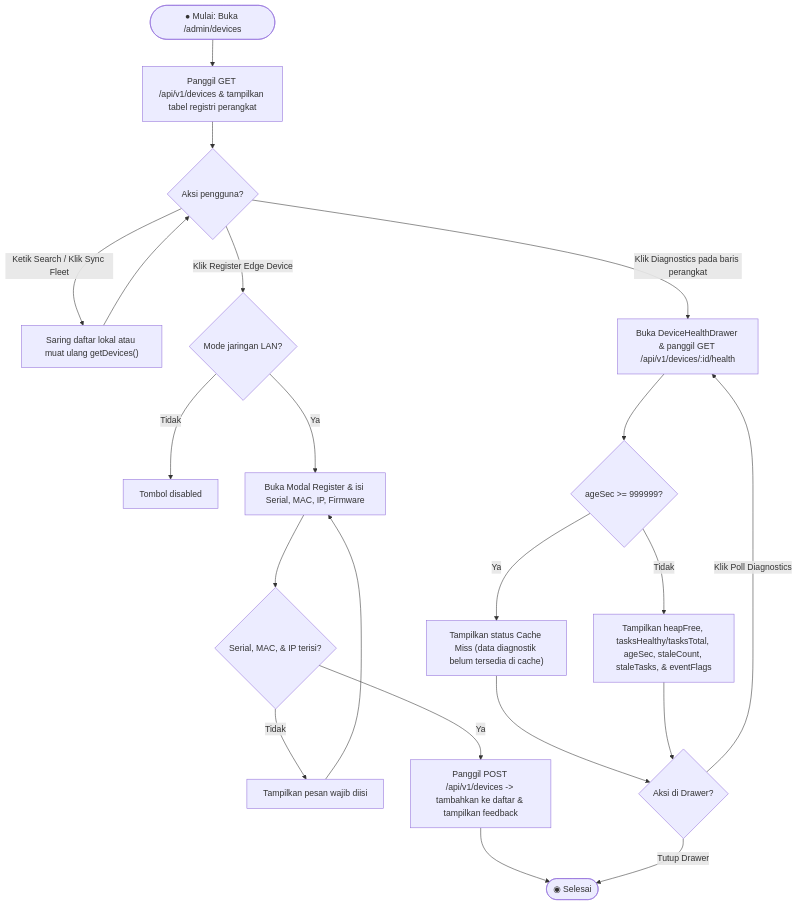
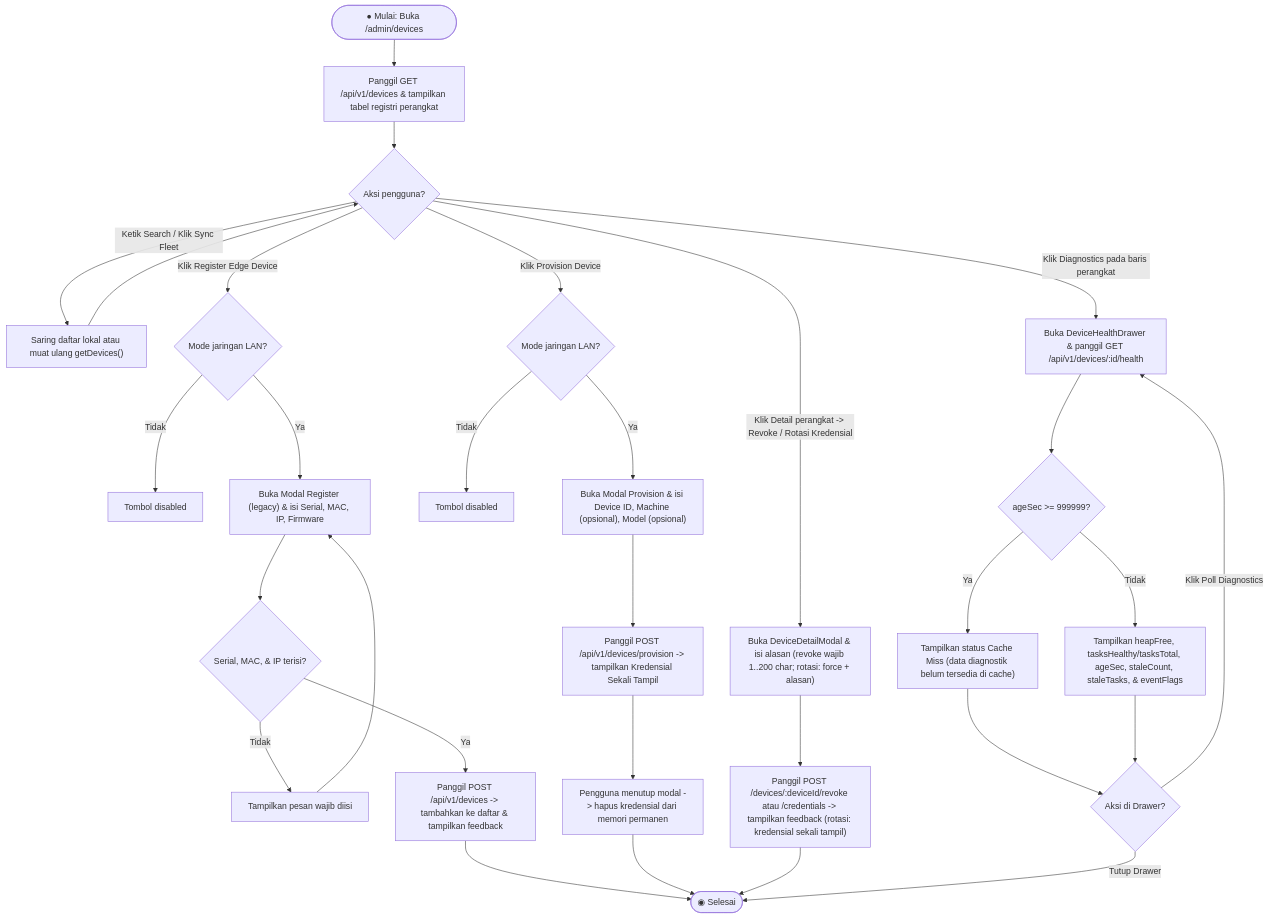
Before and after one commit to affadk/iiot-oee-admin-panel: the seventh of 25 diagrams in PAGE_DOCUMENTATION.md, drawn with Mermaid. The commit also changed other lines of this file and 12 other files, not shown here.

````diff
--- a/PAGE_DOCUMENTATION.md
+++ b/PAGE_DOCUMENTATION.md
@@ -323,26 +335,37 @@
 ```mermaid
 flowchart TD
     Start(["● Mulai: Buka /admin/devices"]) --> LoadDevices["Panggil GET /api/v1/devices & tampilkan tabel registri perangkat"]
     LoadDevices --> Action{"Aksi pengguna?"}
 
     Action -- "Ketik Search / Klik Sync Fleet" --> FilterOrSync["Saring daftar lokal atau muat ulang getDevices()"]
     FilterOrSync --> Action
 
     Action -- "Klik Register Edge Device" --> CheckLAN{"Mode jaringan LAN?"}
     CheckLAN -- Tidak --> DisabledBtn["Tombol disabled"]
-    CheckLAN -- Ya --> OpenReg["Buka Modal Register & isi Serial, MAC, IP, Firmware"]
+    CheckLAN -- Ya --> OpenReg["Buka Modal Register (legacy) & isi Serial, MAC, IP, Firmware"]
     OpenReg --> ValidReg{"Serial, MAC, & IP terisi?"}
     ValidReg -- Tidak --> ErrReg["Tampilkan pesan wajib diisi"]
     ErrReg --> OpenReg
     ValidReg -- Ya --> CallReg["Panggil POST /api/v1/devices -> tambahkan ke daftar & tampilkan feedback"]
     CallReg --> End(["◉ Selesai"])
+
+    Action -- "Klik Provision Device" --> CheckLAN2{"Mode jaringan LAN?"}
+    CheckLAN2 -- Tidak --> DisabledBtn2["Tombol disabled"]
+    CheckLAN2 -- Ya --> OpenProv["Buka Modal Provision & isi Device ID, Machine (opsional), Model (opsional)"]
+    OpenProv --> CallProv["Panggil POST /api/v1/devices/provision -> tampilkan Kredensial Sekali Tampil"]
+    CallProv --> CloseProv["Pengguna menutup modal -> hapus kredensial dari memori permanen"]
+    CloseProv --> End
+
+    Action -- "Klik Detail perangkat -> Revoke / Rotasi Kredensial" --> OpenDetail["Buka DeviceDetailModal & isi alasan (revoke wajib 1..200 char; rotasi: force + alasan)"]
+    OpenDetail --> CallRevoke["Panggil POST /devices/:deviceId/revoke atau /credentials -> tampilkan feedback (rotasi: kredensial sekali tampil)"]
+    CallRevoke --> End
 
     Action -- "Klik Diagnostics pada baris perangkat" --> OpenDrawer["Buka DeviceHealthDrawer & panggil GET /api/v1/devices/:id/health"]
     OpenDrawer --> CheckMiss{"ageSec >= 999999?"}
     CheckMiss -- Ya --> ShowMiss["Tampilkan status Cache Miss (data diagnostik belum tersedia di cache)"]
     CheckMiss -- Tidak --> ShowHealth["Tampilkan heapFree, tasksHealthy/tasksTotal, ageSec, staleCount, staleTasks, & eventFlags"]
     ShowMiss --> DrawerAct{"Aksi di Drawer?"}
     ShowHealth --> DrawerAct
     DrawerAct -- "Klik Poll Diagnostics" --> OpenDrawer
     DrawerAct -- "Tutup Drawer" --> End
 ```
````
